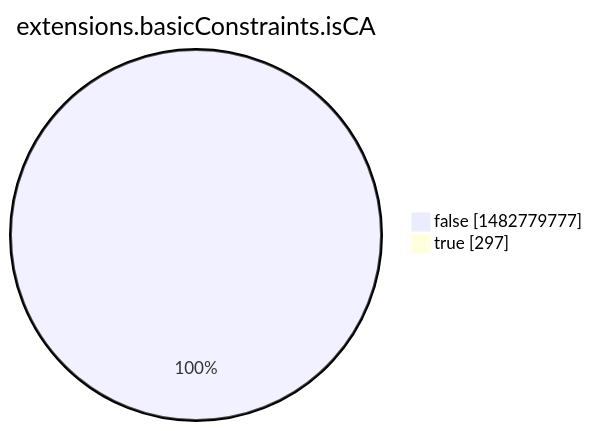
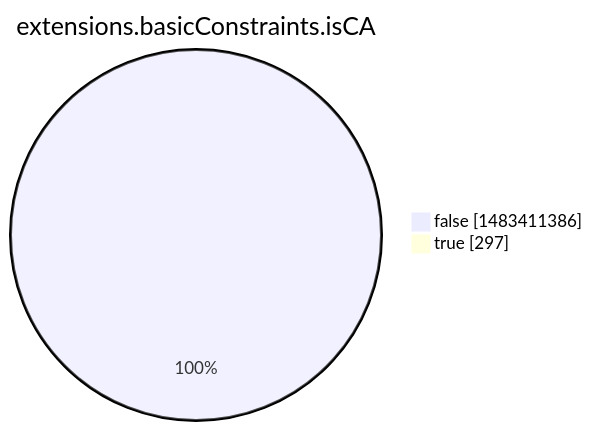
One commit to christiankrug/ctmonitor_visualization changed the eighth of 15 diagrams in argon2022/README.md. Above: the diagram before and after it, drawn with Mermaid. The commit also changed other lines of this file, not shown here.

````diff
--- a/argon2022/README.md
+++ b/argon2022/README.md
@@ -2760,6 +2760,6 @@
 ```mermaid
 pie showData
 title extensions.basicConstraints.isCA
-"false" :1482779777
+"false" :1483411386
 "true" :297
 ```
````
